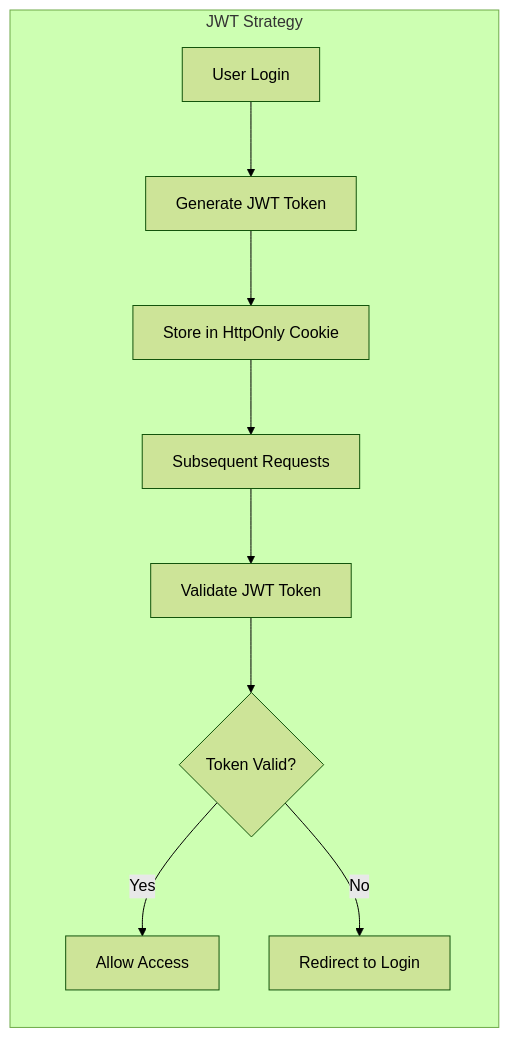
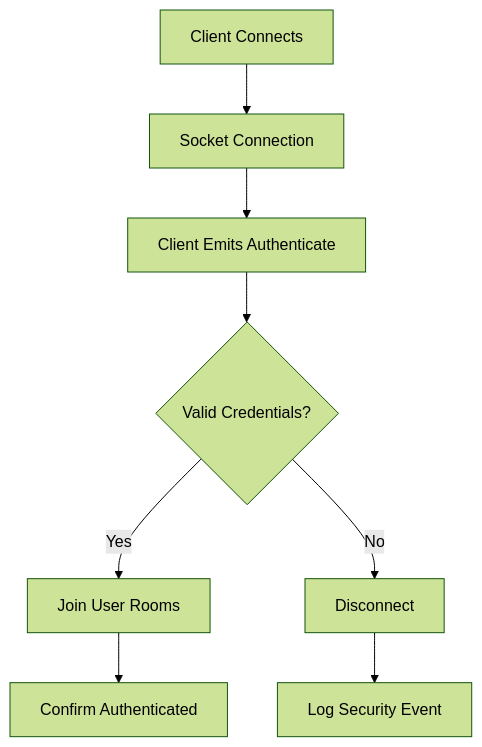
One commit to anshsharmacse/taskflow-socket changed the eighth of 10 diagrams in README.md. Above: the diagram before and after it, drawn with Mermaid (forest theme). The commit also changed other lines of this file, not shown here.

````diff
--- a/README.md
+++ b/README.md
@@ -587,12 +453,10 @@
 ```mermaid
-flowchart LR
-    subgraph JWT Strategy
-        A[User Login] --> B[Generate JWT Token]
-        B --> C[Store in HttpOnly Cookie]
-        C --> D[Subsequent Requests]
-        D --> E[Validate JWT Token]
-        E --> F{Token Valid?}
-        F -->|Yes| G[Allow Access]
-        F -->|No| H[Redirect to Login]
-    end
+flowchart TD
+    A[Client Connects] --> B[Socket Connection]
+    B --> C[Client Emits Authenticate]
+    C --> D{Valid Credentials?}
+    D -->|Yes| E[Join User Rooms]
+    D -->|No| F[Disconnect]
+    E --> G[Confirm Authenticated]
+    F --> H[Log Security Event]
 ```
````
